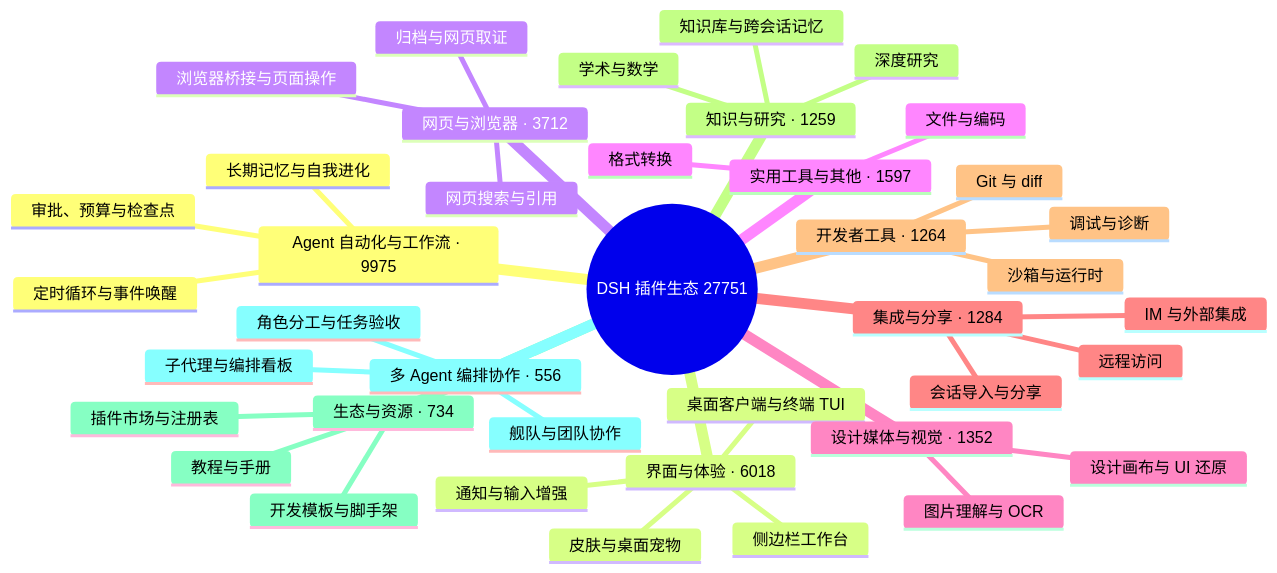
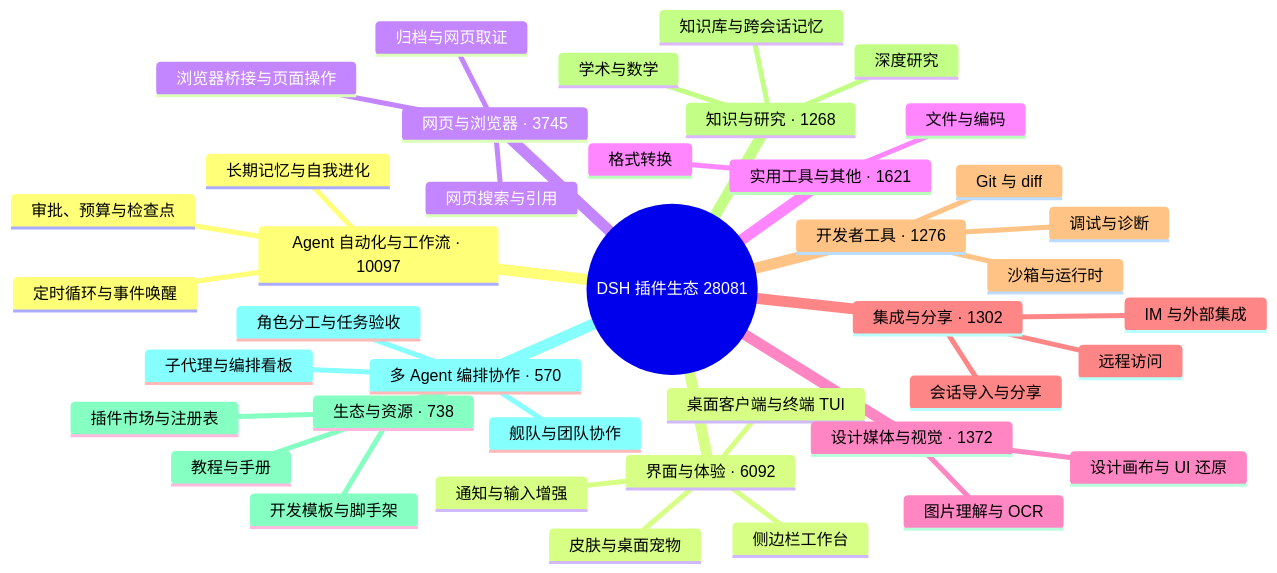
One commit to bruc3van/awesome-dsh-plugin changed the diagram in README.md. Above: the diagram before and after it, drawn with Mermaid. The commit also changed other lines of this file and 28 other files, not shown here.

````diff
--- a/README.md
+++ b/README.md
@@ -32,43 +32,43 @@
 ```mermaid
 mindmap
-  root((DSH 插件生态 27751))
-    Agent 自动化与工作流 · 9975
+  root((DSH 插件生态 28081))
+    Agent 自动化与工作流 · 10097
       定时循环与事件唤醒
       长期记忆与自我进化
       审批、预算与检查点
-    界面与体验 · 6018
+    界面与体验 · 6092
       桌面客户端与终端 TUI
       侧边栏工作台
       皮肤与桌面宠物
       通知与输入增强
-    网页与浏览器 · 3712
+    网页与浏览器 · 3745
       浏览器桥接与页面操作
       网页搜索与引用
       归档与网页取证
-    实用工具与其他 · 1597
+    实用工具与其他 · 1621
       文件与编码
       格式转换
-    设计媒体与视觉 · 1352
+    设计媒体与视觉 · 1372
       图片理解与 OCR
       设计画布与 UI 还原
-    集成与分享 · 1284
+    集成与分享 · 1302
       会话导入与分享
       远程访问
       IM 与外部集成
-    开发者工具 · 1264
+    开发者工具 · 1276
       Git 与 diff
       沙箱与运行时
       调试与诊断
-    知识与研究 · 1259
+    知识与研究 · 1268
       知识库与跨会话记忆
       深度研究
       学术与数学
-    生态与资源 · 734
+    生态与资源 · 738
       插件市场与注册表
       开发模板与脚手架
       教程与手册
-    多 Agent 编排协作 · 556
+    多 Agent 编排协作 · 570
       子代理与编排看板
       舰队与团队协作
       角色分工与任务验收
 ```
````
